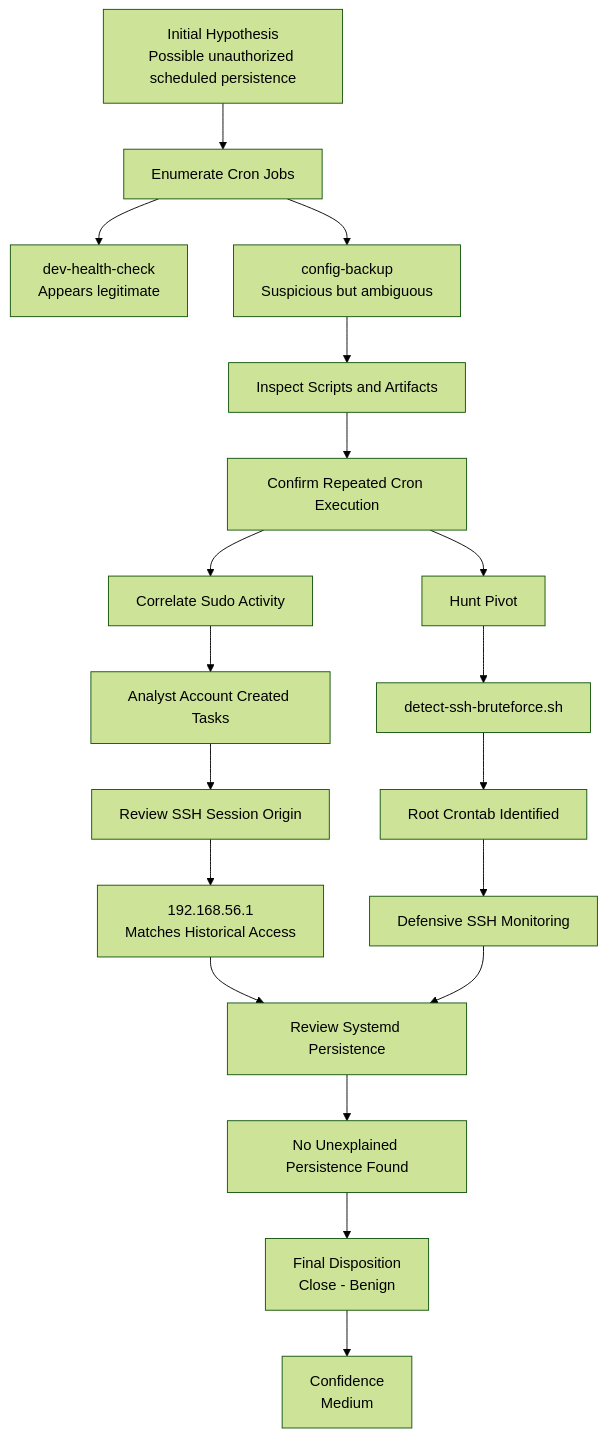
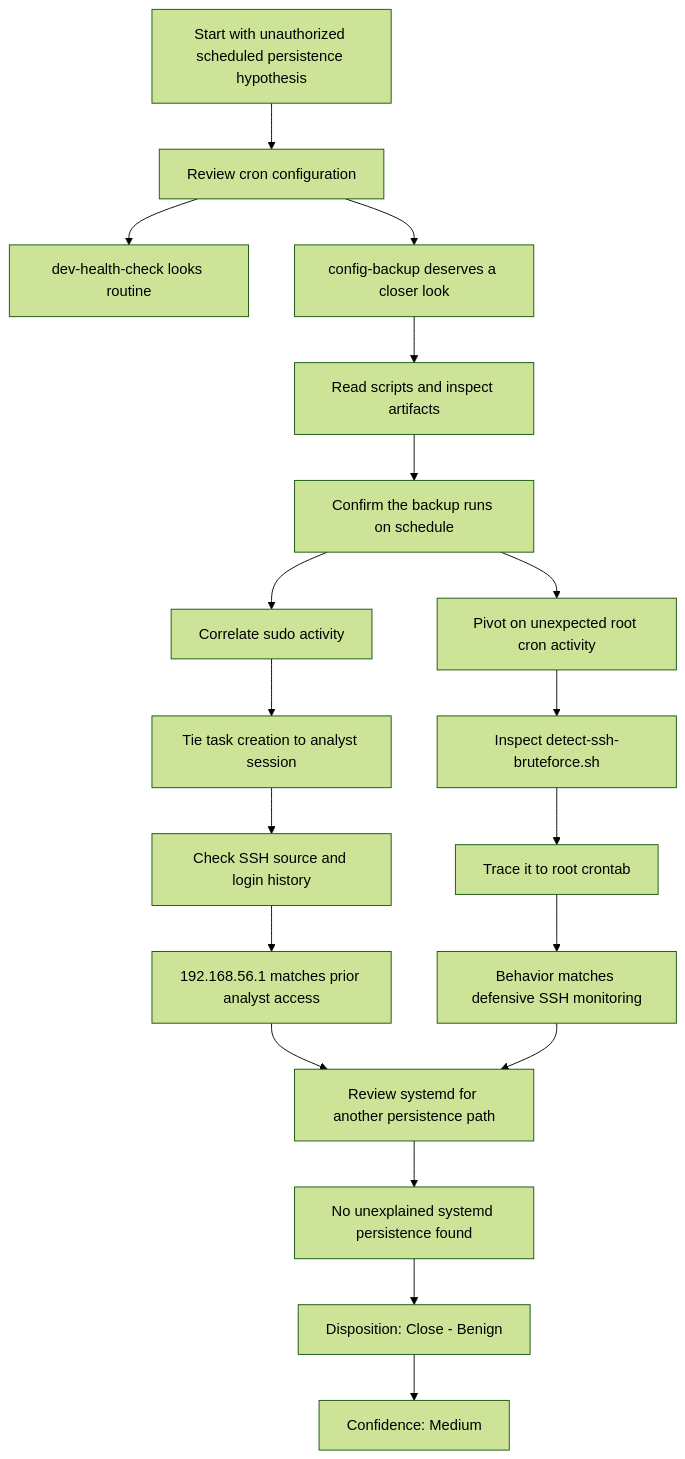
The diagram in ticket-004-threat-hunt/diagrams/hunt-flow.mmd (Tals101/cyberops-defense-group-professional-development-program), drawn with Mermaid (forest theme) before and after one commit. The commit also changed 12 other files, not shown here.

```diff
--- a/ticket-004-threat-hunt/diagrams/hunt-flow.mmd
+++ b/ticket-004-threat-hunt/diagrams/hunt-flow.mmd
@@ -1,25 +1,25 @@
 flowchart TD
-    A[Initial Hypothesis<br/>Possible unauthorized scheduled persistence] --> B[Enumerate Cron Jobs]
-    B --> C[dev-health-check<br/>Appears legitimate]
-    B --> D[config-backup<br/>Suspicious but ambiguous]
+    A[Start with unauthorized scheduled persistence hypothesis] --> B[Review cron configuration]
+    B --> C[dev-health-check looks routine]
+    B --> D[config-backup deserves a closer look]
 
-    D --> E[Inspect Scripts and Artifacts]
-    E --> F[Confirm Repeated Cron Execution]
+    D --> E[Read scripts and inspect artifacts]
+    E --> F[Confirm the backup runs on schedule]
 
-    F --> G[Correlate Sudo Activity]
-    G --> H[Analyst Account Created Tasks]
+    F --> G[Correlate sudo activity]
+    G --> H[Tie task creation to analyst session]
 
-    H --> I[Review SSH Session Origin]
-    I --> J[192.168.56.1<br/>Matches Historical Access]
+    H --> I[Check SSH source and login history]
+    I --> J[192.168.56.1 matches prior analyst access]
 
-    F --> K[Hunt Pivot]
-    K --> L[detect-ssh-bruteforce.sh]
-    L --> M[Root Crontab Identified]
-    M --> N[Defensive SSH Monitoring]
+    F --> K[Pivot on unexpected root cron activity]
+    K --> L[Inspect detect-ssh-bruteforce.sh]
+    L --> M[Trace it to root crontab]
+    M --> N[Behavior matches defensive SSH monitoring]
 
-    J --> O[Review Systemd Persistence]
+    J --> O[Review systemd for another persistence path]
     N --> O
-    O --> P[No Unexplained Persistence Found]
+    O --> P[No unexplained systemd persistence found]
 
-    P --> Q[Final Disposition<br/>Close - Benign]
-    Q --> R[Confidence<br/>Medium]
+    P --> Q[Disposition: Close - Benign]
+    Q --> R[Confidence: Medium]
```
